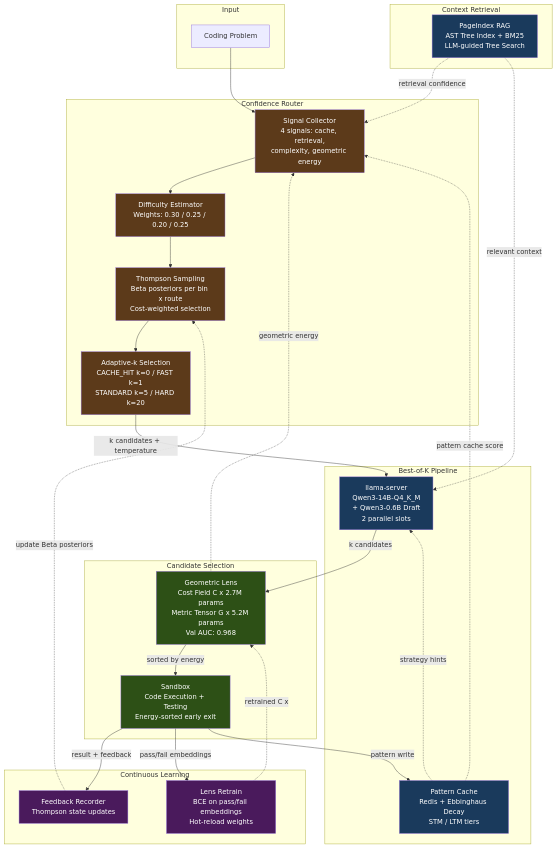
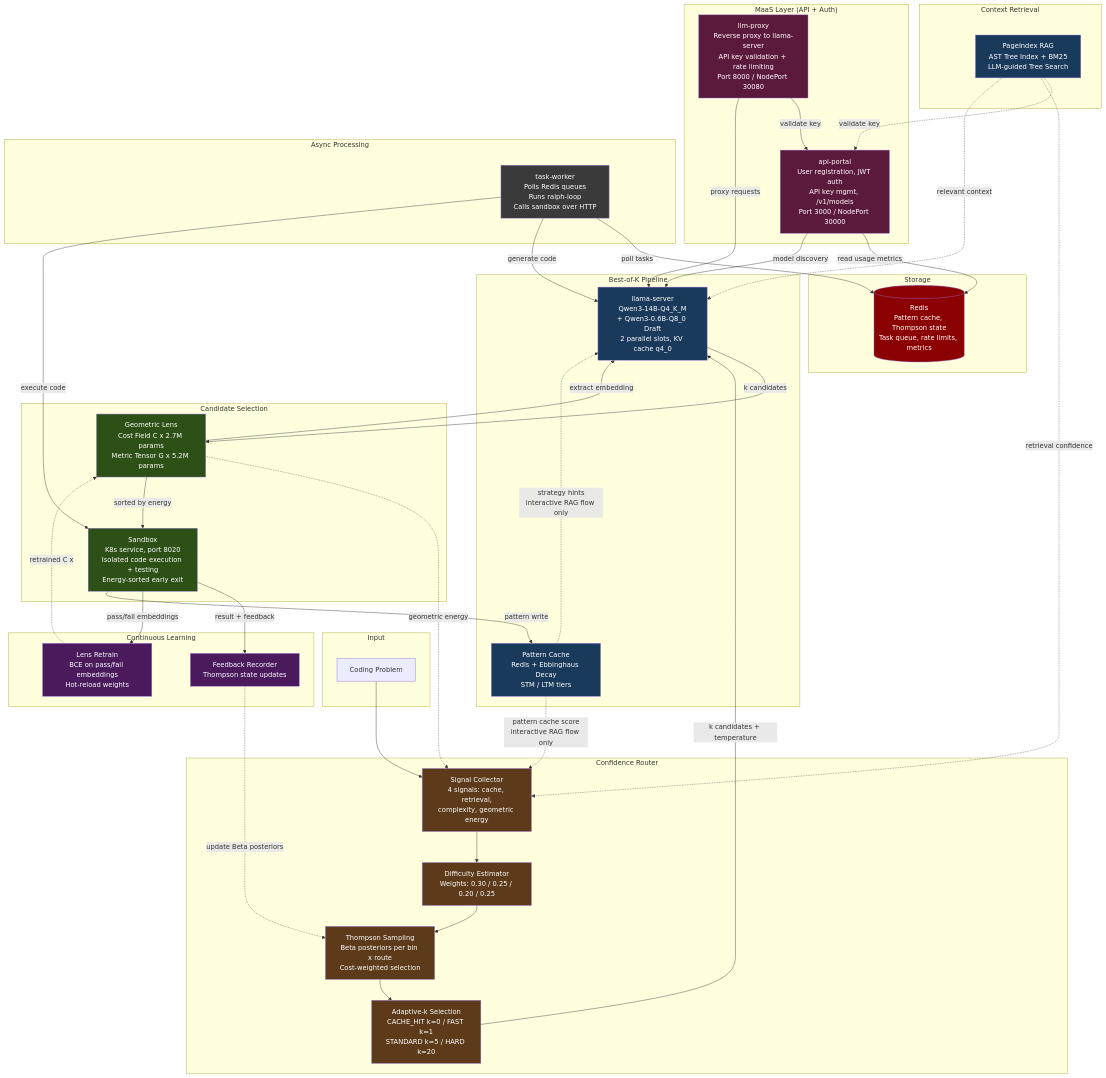
Before and after one commit to itigges22/ATLAS: the diagram in docs/architecture-diagram.md, drawn with Mermaid. The commit also changed other lines of this file and 18 other files, not shown here.

````diff
--- a/docs/architecture-diagram.md
+++ b/docs/architecture-diagram.md
@@ -5,5 +5,10 @@
 ```mermaid
 flowchart TB
+  subgraph MaaS["MaaS Layer (API + Auth)"]
+    AP[api-portal<br/>User registration, JWT auth<br/>API key mgmt, /v1/models<br/>Port 3000 / NodePort 30000]
+    LP[llm-proxy<br/>Reverse proxy to llama-server<br/>API key validation + rate limiting<br/>Port 8000 / NodePort 30080]
+  end
+
   subgraph Input
     Problem[Coding Problem]
   end
@@ -16,17 +21,21 @@
   end
 
   subgraph Generation["Best-of-K Pipeline"]
-    LS[llama-server<br/>Qwen3-14B-Q4_K_M<br/>+ Qwen3-0.6B Draft<br/>2 parallel slots]
+    LS[llama-server<br/>Qwen3-14B-Q4_K_M<br/>+ Qwen3-0.6B-Q8_0 Draft<br/>2 parallel slots, KV cache q4_0]
     PC[Pattern Cache<br/>Redis + Ebbinghaus Decay<br/>STM / LTM tiers]
   end
 
   subgraph Evaluation["Candidate Selection"]
-    GL[Geometric Lens<br/>Cost Field C x 2.7M params<br/>Metric Tensor G x 5.2M params<br/>Val AUC: 0.968]
-    SB[Sandbox<br/>Code Execution + Testing<br/>Energy-sorted early exit]
+    GL[Geometric Lens<br/>Cost Field C x 2.7M params<br/>Metric Tensor G x 5.2M params]
+    SB[Sandbox<br/>K8s service, port 8020<br/>Isolated code execution + testing<br/>Energy-sorted early exit]
   end
 
   subgraph Knowledge["Context Retrieval"]
     PI[PageIndex RAG<br/>AST Tree Index + BM25<br/>LLM-guided Tree Search]
+  end
+
+  subgraph Workers["Async Processing"]
+    TW[task-worker<br/>Polls Redis queues<br/>Runs ralph-loop<br/>Calls sandbox over HTTP]
   end
 
   subgraph Feedback["Continuous Learning"]
@@ -34,17 +43,34 @@
     RT[Lens Retrain<br/>BCE on pass/fail embeddings<br/>Hot-reload weights]
   end
 
+  subgraph Storage
+    RD[(Redis<br/>Pattern cache, Thompson state<br/>Task queue, rate limits, metrics)]
+  end
+
+  %% MaaS layer flows
+  LP -->|validate key| AP
+  AP -->|read usage metrics| RD
+  AP -->|model discovery| LS
+  LP -->|proxy requests| LS
+
+  %% Interactive RAG flow: rag-api validates keys via api-portal
+  PI -.->|validate key| AP
+
+  %% Routing decision flow
   Problem --> SC
-  PC -.->|pattern cache score| SC
+  PC -.->|pattern cache score<br/>interactive RAG flow only| SC
   PI -.->|retrieval confidence| SC
   GL -.->|geometric energy| SC
   SC --> DE
   DE --> TS
   TS --> AK
   AK -->|k candidates + temperature| LS
-  PC -.->|strategy hints| LS
+  PC -.->|strategy hints<br/>interactive RAG flow only| LS
   PI -.->|relevant context| LS
+
+  %% Evaluation flow
   LS -->|k candidates| GL
+  GL -->|extract embedding| LS
   GL -->|sorted by energy| SB
   SB -->|result + feedback| FR
   SB -->|pass/fail embeddings| RT
@@ -52,6 +78,13 @@
   RT -.->|retrained C x| GL
   SB -->|pattern write| PC
 
+  %% Task worker flow
+  TW -->|poll tasks| RD
+  TW -->|generate code| LS
+  TW -->|execute code| SB
+
+  style AP fill:#5c1a3a,color:#fff
+  style LP fill:#5c1a3a,color:#fff
   style GL fill:#2d5016,color:#fff
   style LS fill:#1a3a5c,color:#fff
   style DE fill:#5c3a1a,color:#fff
@@ -63,4 +96,6 @@
   style SB fill:#2d5016,color:#fff
   style FR fill:#4a1a5c,color:#fff
   style RT fill:#4a1a5c,color:#fff
+  style TW fill:#3a3a3a,color:#fff
+  style RD fill:#8b0000,color:#fff
 ```
````
